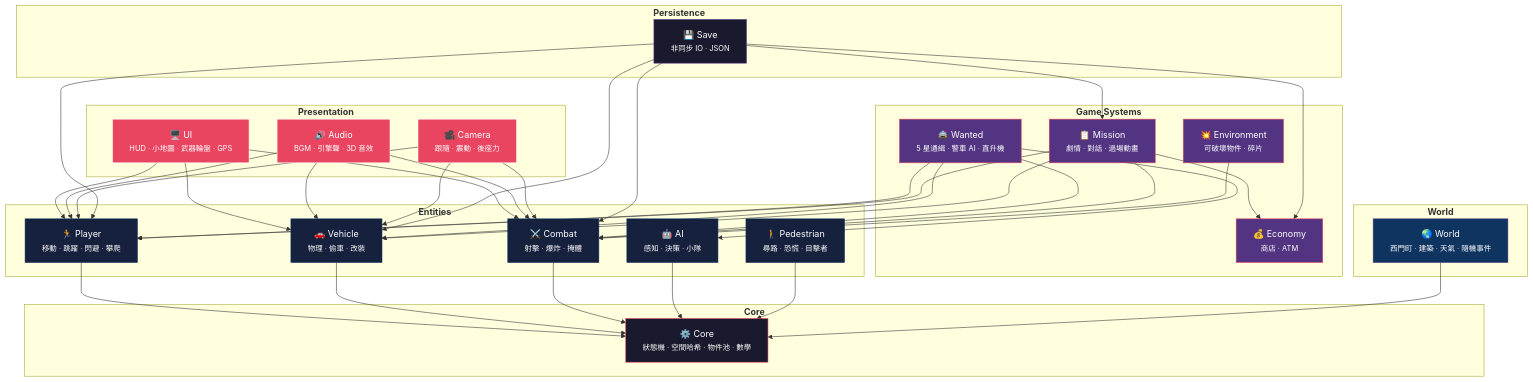
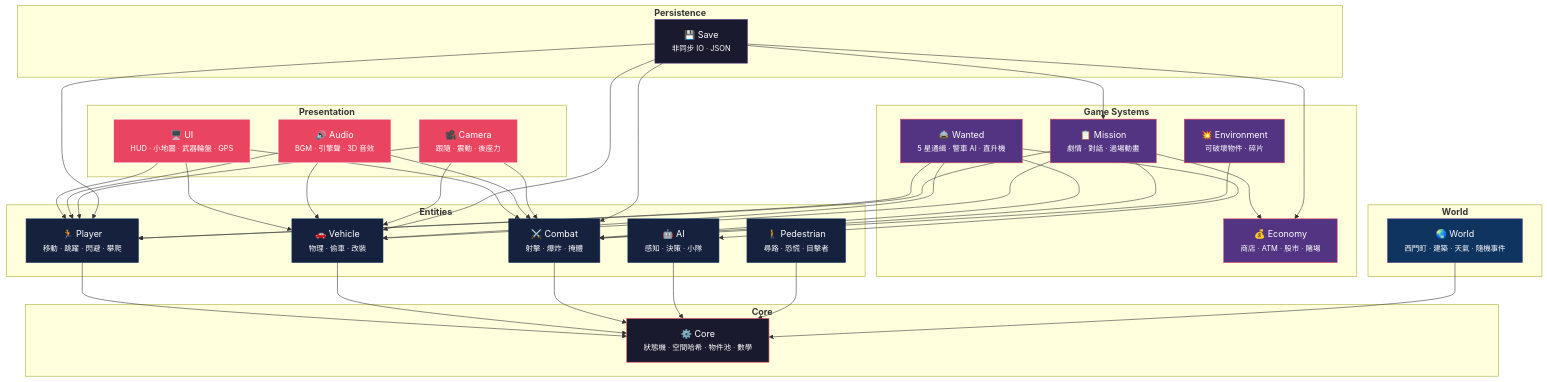
Before and after one commit to Neal75418/formosa: the diagram in README.md, drawn with Mermaid. The commit also changed other lines of this file and 2 other files, not shown here.

````diff
--- a/README.md
+++ b/README.md
@@ -48,59 +51,59 @@
 ```mermaid
 graph TD
     subgraph "<b>Presentation</b>"
         UI["🖥️ UI<br><small>HUD · 小地圖 · 武器輪盤 · GPS</small>"]
         Audio["🔊 Audio<br><small>BGM · 引擎聲 · 3D 音效</small>"]
         Camera["🎥 Camera<br><small>跟隨 · 震動 · 後座力</small>"]
     end
 
     subgraph "<b>Game Systems</b>"
         Wanted["🚔 Wanted<br><small>5 星通緝 · 警車 AI · 直升機</small>"]
         Mission["📋 Mission<br><small>劇情 · 對話 · 過場動畫</small>"]
-        Economy["💰 Economy<br><small>商店 · ATM</small>"]
+        Economy["💰 Economy<br><small>商店 · ATM · 股市 · 賭場</small>"]
         Env["💥 Environment<br><small>可破壞物件 · 碎片</small>"]
     end
 
     subgraph "<b>Entities</b>"
         Player["🏃 Player<br><small>移動 · 跳躍 · 閃避 · 攀爬</small>"]
         Vehicle["🚗 Vehicle<br><small>物理 · 偷車 · 改裝</small>"]
         Combat["⚔️ Combat<br><small>射擊 · 爆炸 · 掩體</small>"]
         AI["🤖 AI<br><small>感知 · 決策 · 小隊</small>"]
         Ped["🚶 Pedestrian<br><small>尋路 · 恐慌 · 目擊者</small>"]
     end
 
     subgraph "<b>World</b>"
         World["🌏 World<br><small>西門町 · 建築 · 天氣 · 隨機事件</small>"]
     end
 
     subgraph "<b>Core</b>"
         Core["⚙️ Core<br><small>狀態機 · 空間哈希 · 物件池 · 數學</small>"]
     end
 
     subgraph "<b>Persistence</b>"
         Save["💾 Save<br><small>非同步 IO · JSON</small>"]
     end
 
     UI & Audio & Camera --> Player & Vehicle & Combat
     Wanted --> Player & Vehicle & Combat & AI
     Mission --> Player & Vehicle & Combat & Economy
     Env --> Combat
     Player & Vehicle & Combat & AI & Ped --> Core
     World --> Core
     Save --> Player & Vehicle & Combat & Economy & Mission
 
     style Core fill:#1a1a2e,stroke:#e94560,color:#fff
     style Player fill:#16213e,stroke:#0f3460,color:#fff
     style Vehicle fill:#16213e,stroke:#0f3460,color:#fff
     style Combat fill:#16213e,stroke:#0f3460,color:#fff
     style AI fill:#16213e,stroke:#0f3460,color:#fff
     style Ped fill:#16213e,stroke:#0f3460,color:#fff
     style World fill:#0f3460,stroke:#533483,color:#fff
     style Wanted fill:#533483,stroke:#e94560,color:#fff
     style Mission fill:#533483,stroke:#e94560,color:#fff
     style Economy fill:#533483,stroke:#e94560,color:#fff
     style Env fill:#533483,stroke:#e94560,color:#fff
     style UI fill:#e94560,stroke:#fff,color:#fff
     style Audio fill:#e94560,stroke:#fff,color:#fff
     style Camera fill:#e94560,stroke:#fff,color:#fff
     style Save fill:#1a1a2e,stroke:#533483,color:#fff
 ```
````
